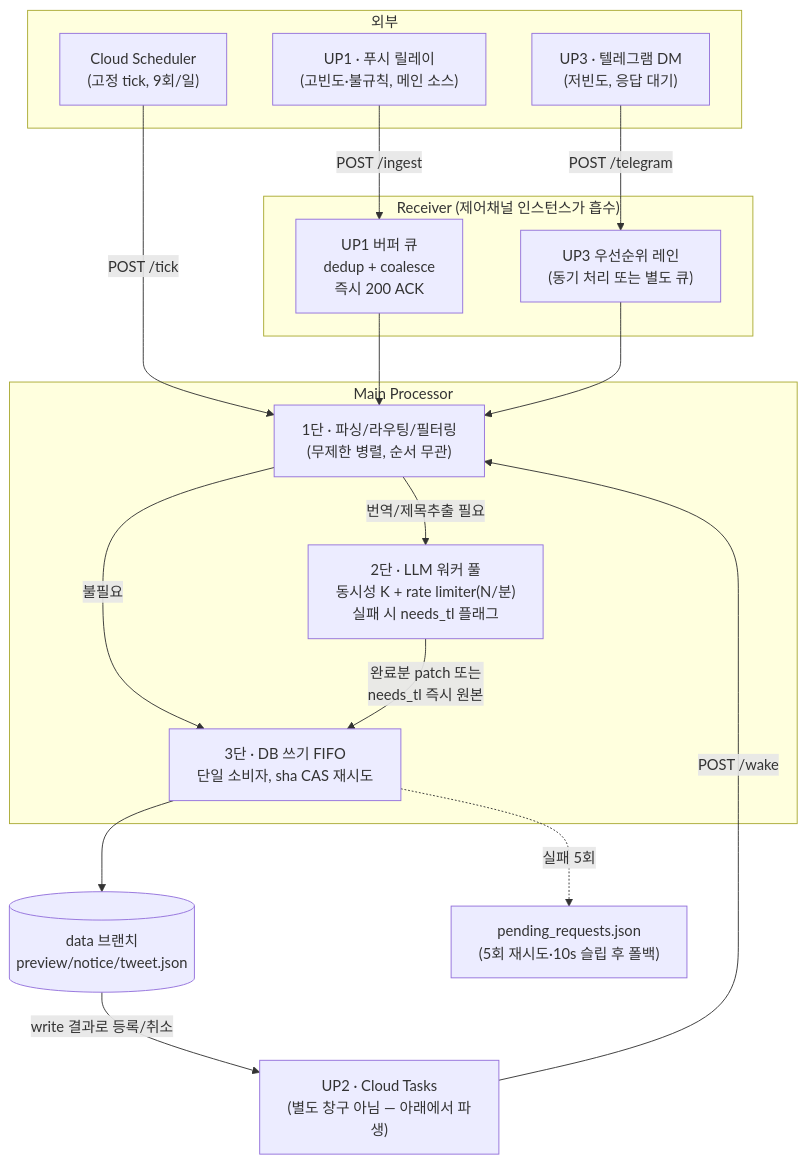
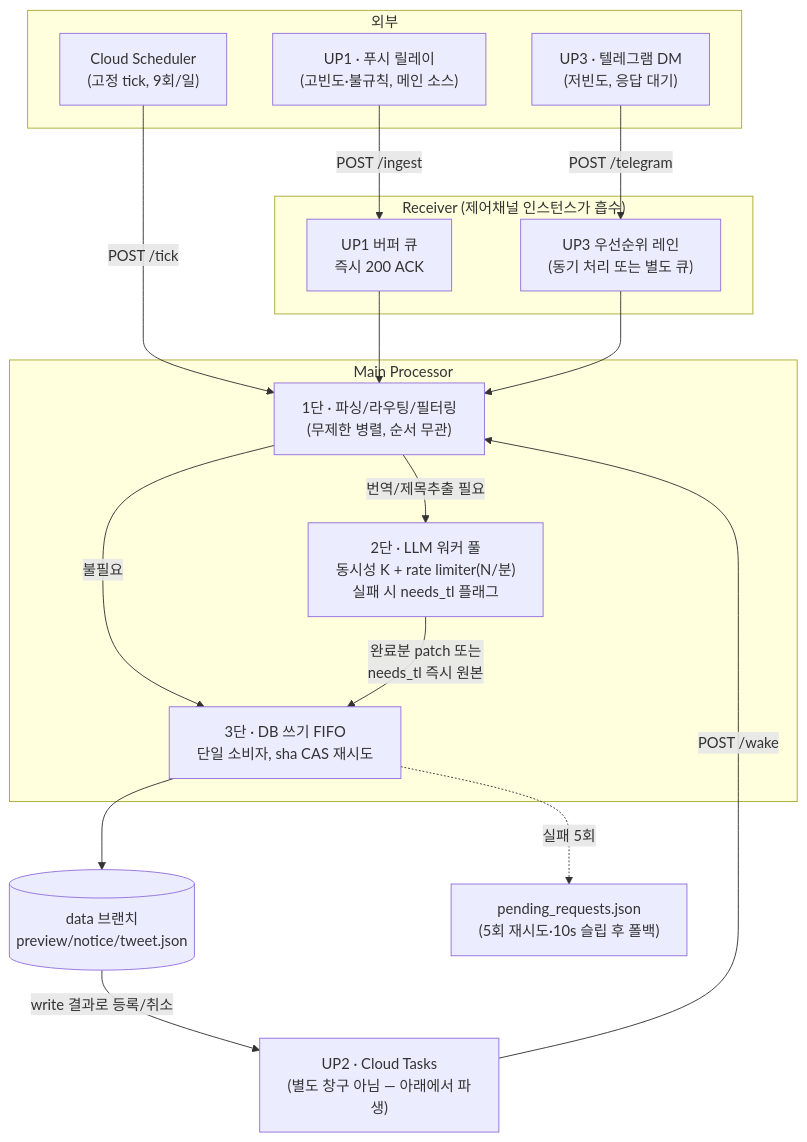
Before and after one commit to sbb2002/mewtype-scheduler: the diagram in docs/plan/v4/v4_receiver_design.md, drawn with Mermaid. The commit also changed other lines of this file, not shown here.

Commit message:
docs: v4 수신부 설계 §6 결정사항 확정(LLM K·N, UP3 레인, dedup 폐기, pending DM 보관)

````diff
--- a/docs/plan/v4/v4_receiver_design.md
+++ b/docs/plan/v4/v4_receiver_design.md
@@ -48,39 +48,39 @@
 ```mermaid
 flowchart TD
     subgraph EXT["외부"]
         UP1["UP1 · 푸시 릴레이<br/>(고빈도·불규칙, 메인 소스)"]
         UP3["UP3 · 텔레그램 DM<br/>(저빈도, 응답 대기)"]
         SCHED["Cloud Scheduler<br/>(고정 tick, 9회/일)"]
     end
 
     subgraph RECV["Receiver (제어채널 인스턴스가 흡수)"]
-        BUF["UP1 버퍼 큐<br/>dedup + coalesce<br/>즉시 200 ACK"]
+        BUF["UP1 버퍼 큐<br/>즉시 200 ACK"]
         PRI["UP3 우선순위 레인<br/>(동기 처리 또는 별도 큐)"]
     end
 
     subgraph MP["Main Processor"]
         PARSE["1단 · 파싱/라우팅/필터링<br/>(무제한 병렬, 순서 무관)"]
         LLMPOOL["2단 · LLM 워커 풀<br/>동시성 K + rate limiter(N/분)<br/>실패 시 needs_tl 플래그"]
         DBQ["3단 · DB 쓰기 FIFO<br/>단일 소비자, sha CAS 재시도"]
     end
 
     TASKS["UP2 · Cloud Tasks<br/>(별도 창구 아님 — 아래에서 파생)"]
     DB[("data 브랜치<br/>preview/notice/tweet.json")]
     PENDING["pending_requests.json<br/>(5회 재시도·10s 슬립 후 폴백)"]
 
     UP1 -->|"POST /ingest"| BUF
     UP3 -->|"POST /telegram"| PRI
     SCHED -->|"POST /tick"| PARSE
     TASKS -->|"POST /wake"| PARSE
 
     BUF --> PARSE
     PRI --> PARSE
 
     PARSE -->|"번역/제목추출 필요"| LLMPOOL
     PARSE -->|"불필요"| DBQ
     LLMPOOL -->|"완료분 patch 또는<br/>needs_tl 즉시 원본"| DBQ
 
     DBQ --> DB
     DBQ -.실패 5회.-> PENDING
     DB -->|"write 결과로 등록/취소"| TASKS
 ```
````
